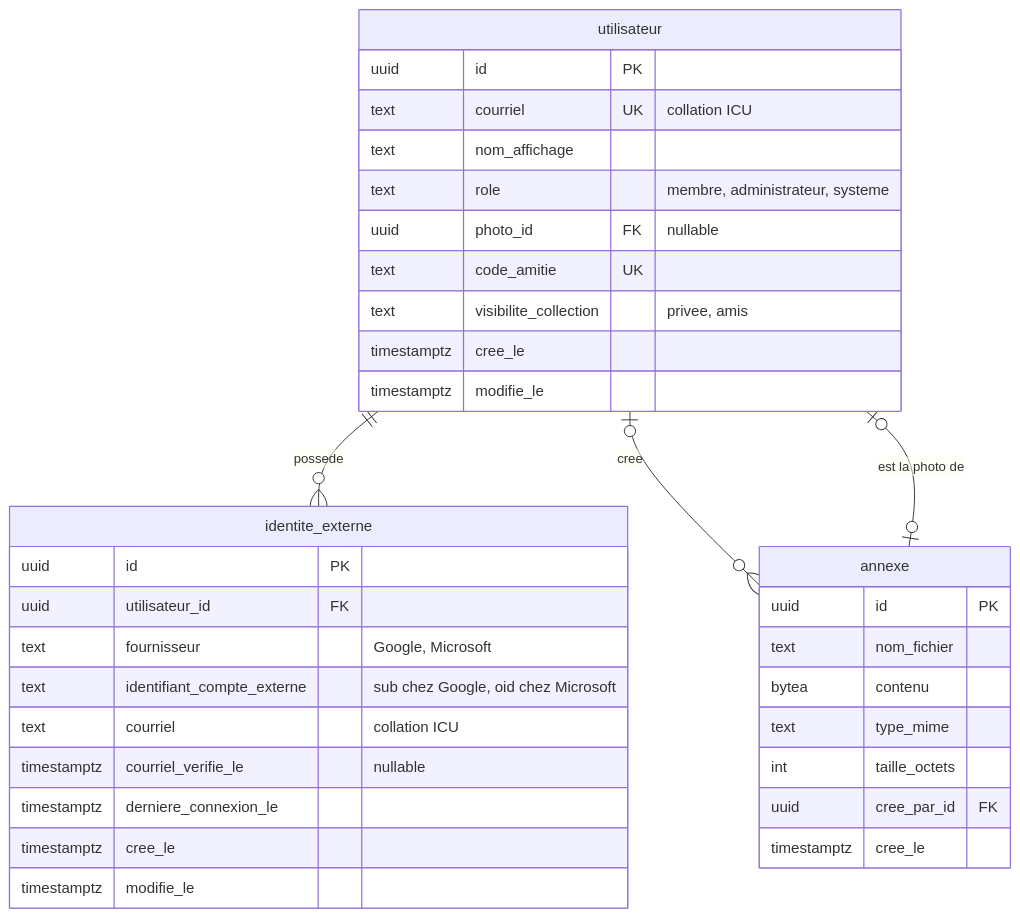
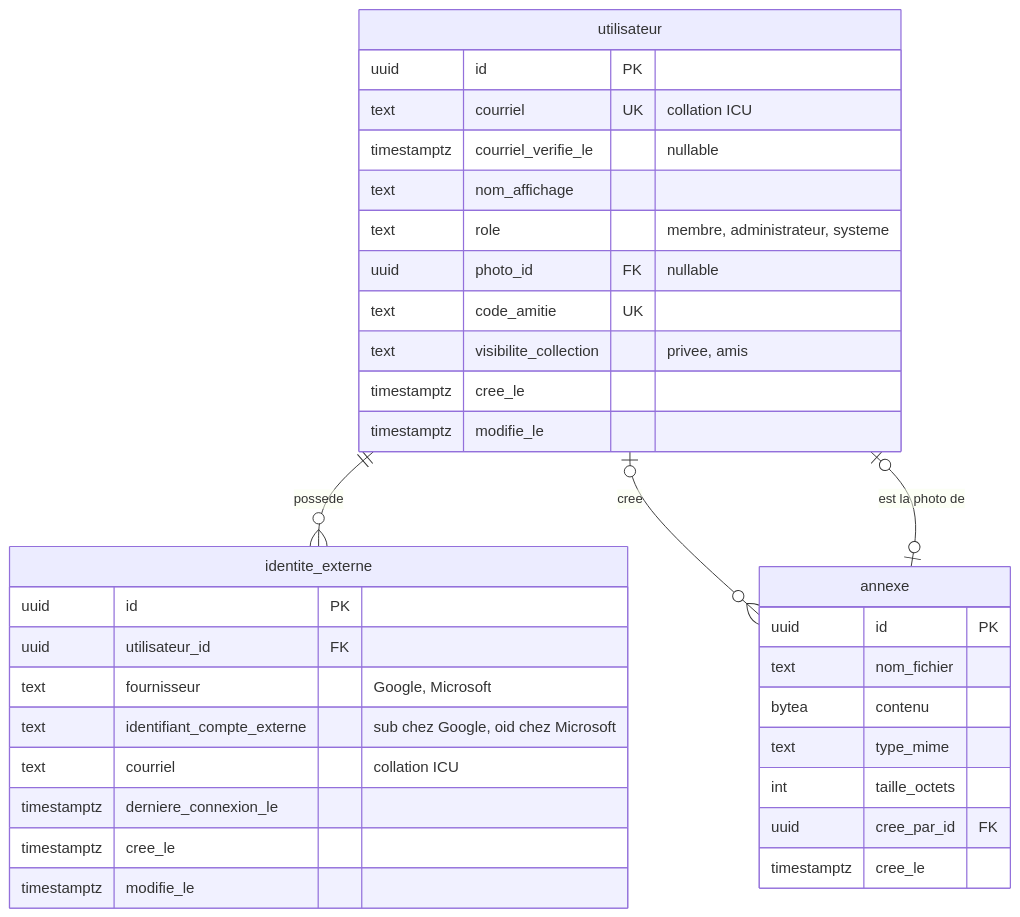
Before and after one commit to jeison-souza/MeepleZone: the second of 5 diagrams in docs/schema/schema-donnees.md, drawn with Mermaid. The commit also changed other lines of this file and 1 other file, not shown here.

````diff
--- a/docs/schema/schema-donnees.md
+++ b/docs/schema/schema-donnees.md
@@ -75,40 +75,40 @@
 ```mermaid
 erDiagram
     utilisateur ||--o{ identite_externe : "possede"
     annexe |o--o| utilisateur : "est la photo de"
     utilisateur |o--o{ annexe : "cree"
 
     utilisateur {
         uuid id PK
         text courriel UK "collation ICU"
+        timestamptz courriel_verifie_le "nullable"
         text nom_affichage
         text role "membre, administrateur, systeme"
         uuid photo_id FK "nullable"
         text code_amitie UK
         text visibilite_collection "privee, amis"
         timestamptz cree_le
         timestamptz modifie_le
     }
 
     identite_externe {
         uuid id PK
         uuid utilisateur_id FK
         text fournisseur "Google, Microsoft"
         text identifiant_compte_externe "sub chez Google, oid chez Microsoft"
         text courriel "collation ICU"
-        timestamptz courriel_verifie_le "nullable"
         timestamptz derniere_connexion_le
         timestamptz cree_le
         timestamptz modifie_le
     }
 
     annexe {
         uuid id PK
         text nom_fichier
         bytea contenu
         text type_mime
         int taille_octets
         uuid cree_par_id FK
         timestamptz cree_le
     }
 ```
````
